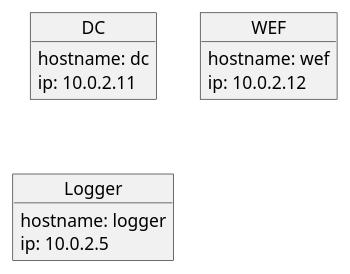
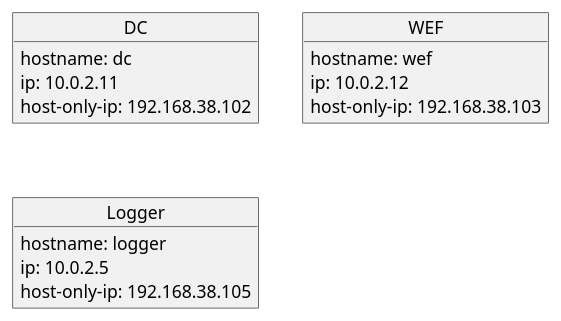
The diagram in docsify-starter/docs/sub/VMs.md (milkicloud/M182_Doku), drawn with PlantUML before and after one commit. The commit also changed other lines of this file and 10 other files, not shown here.

````diff
--- a/docsify-starter/docs/sub/VMs.md
+++ b/docsify-starter/docs/sub/VMs.md
@@ -44,17 +57,20 @@
 ```plantuml
 @startuml
 
 object DC
 DC : hostname: dc
 DC : ip: 10.0.2.11
+DC : host-only-ip: 192.168.38.102
 
 object WEF
 WEF : hostname: wef
 WEF : ip: 10.0.2.12
+WEF : host-only-ip: 192.168.38.103
 
 object Logger
 Logger : hostname: logger
 Logger : ip: 10.0.2.5
+Logger : host-only-ip: 192.168.38.105
 
 @enduml
 ```
````
